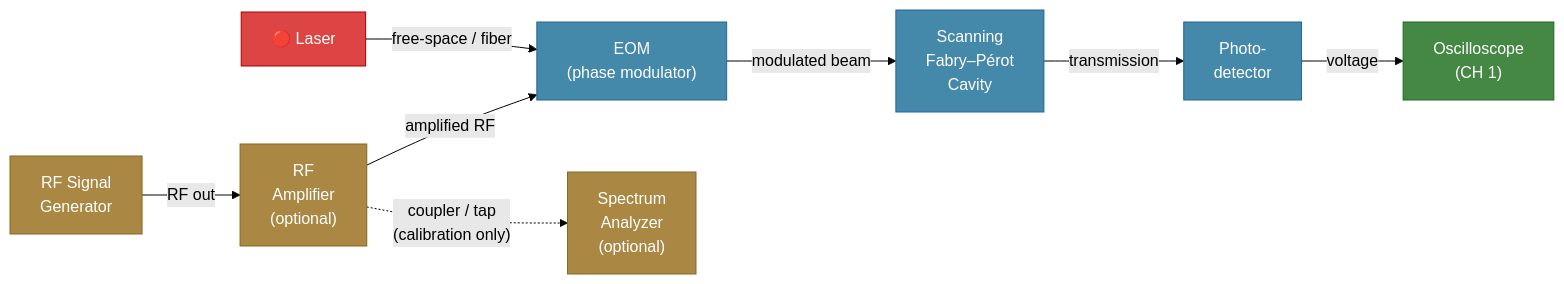
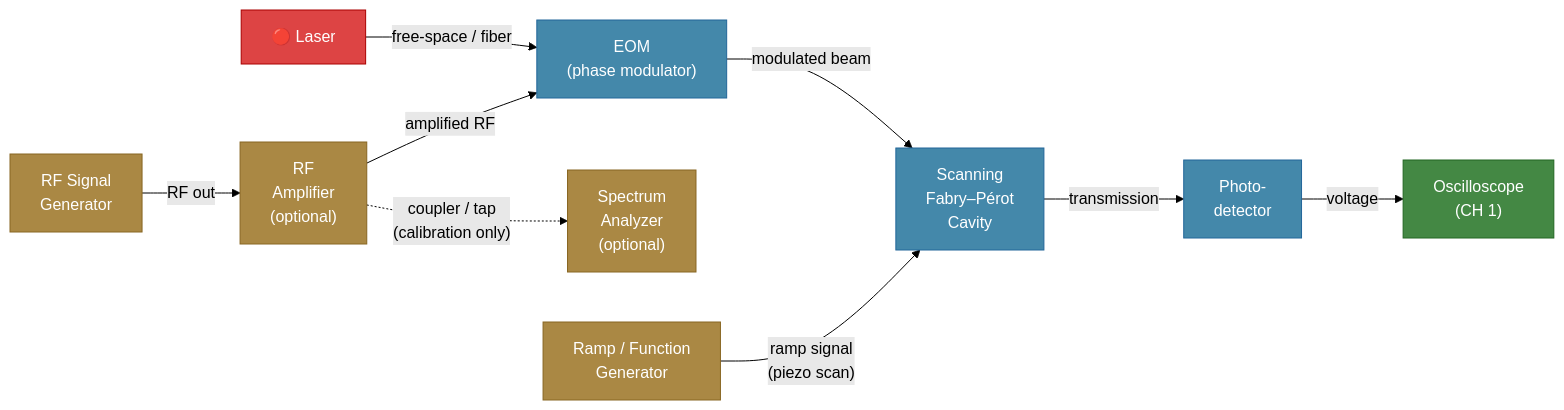
Before and after one commit to beneaze/cavityscope: the first of 3 diagrams in README.md, drawn with Mermaid (forest theme).

Commit message:
Add ramp/function generator driving the FP cavity piezo scan to setup diagram
Made-with: Cursor

````diff
--- a/README.md
+++ b/README.md
@@ -31,30 +31,34 @@
 ```mermaid
 flowchart LR
     Laser["🔴 Laser"]
     EOM["EOM\n(phase modulator)"]
     FP["Scanning\nFabry–Pérot\nCavity"]
     PD["Photo-\ndetector"]
     Scope["Oscilloscope\n(CH 1)"]
     RF["RF Signal\nGenerator"]
     Amp["RF\nAmplifier\n(optional)"]
     SA["Spectrum\nAnalyzer\n(optional)"]
+    Ramp["Ramp / Function\nGenerator"]
 
     Laser -- "free-space / fiber" --> EOM
     EOM -- "modulated beam" --> FP
     FP -- "transmission" --> PD
     PD -- "voltage" --> Scope
+
+    Ramp -- "ramp signal\n(piezo scan)" --> FP
 
     RF -- "RF out" --> Amp
     Amp -- "amplified RF" --> EOM
 
     Amp -. "coupler / tap\n(calibration only)" .-> SA
 
     style Laser fill:#d44,color:#fff,stroke:#a00
     style EOM fill:#48a,color:#fff,stroke:#269
     style FP fill:#48a,color:#fff,stroke:#269
     style PD fill:#48a,color:#fff,stroke:#269
     style Scope fill:#484,color:#fff,stroke:#262
     style RF fill:#a84,color:#fff,stroke:#862
     style Amp fill:#a84,color:#fff,stroke:#862
     style SA fill:#a84,color:#fff,stroke:#862
+    style Ramp fill:#a84,color:#fff,stroke:#862
 ```
````
